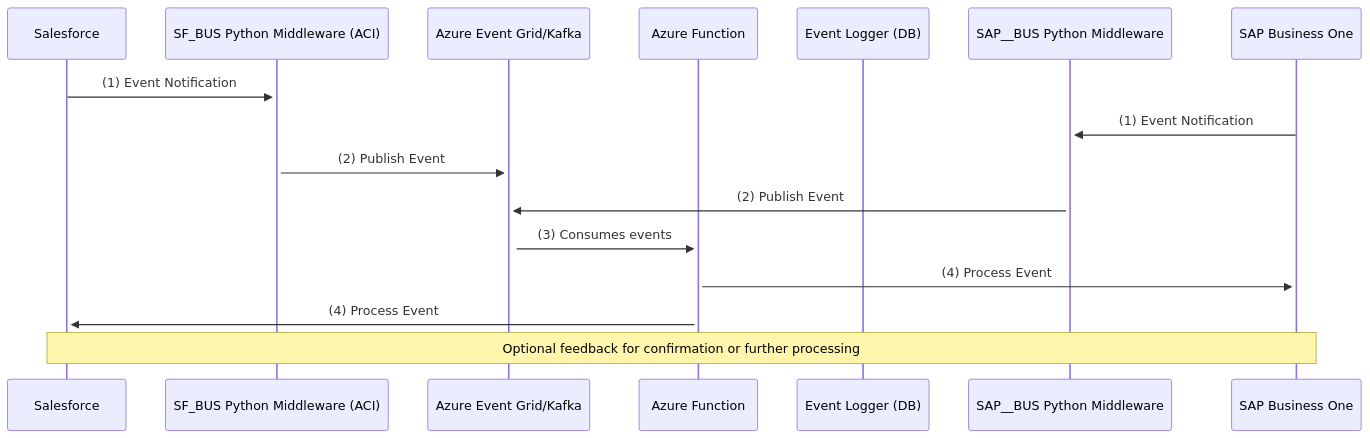
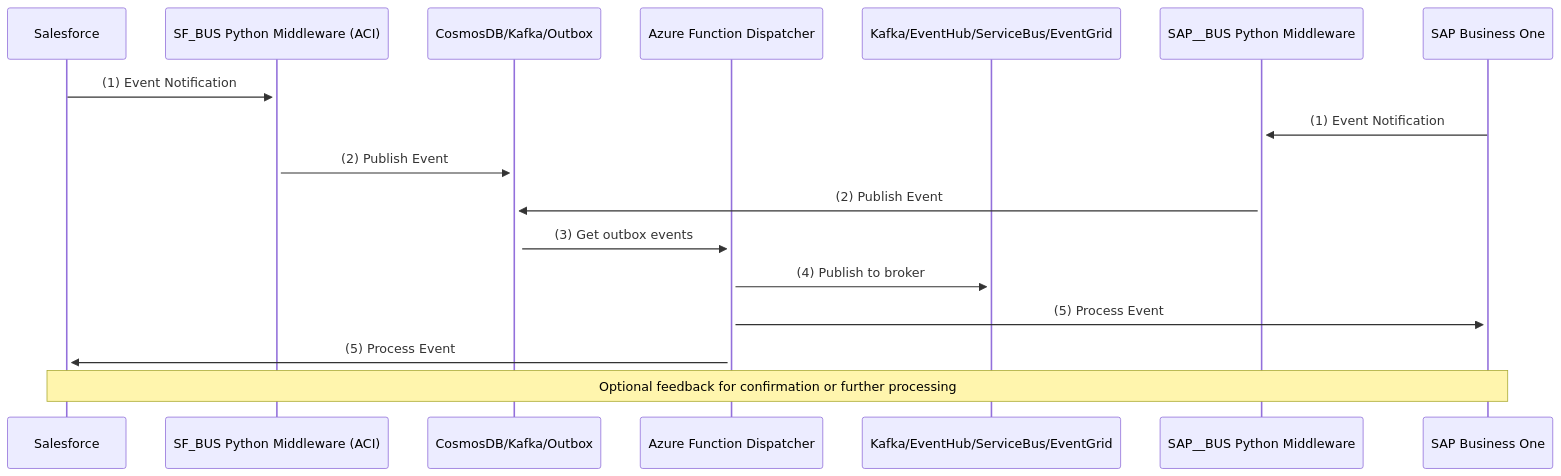
Before and after one commit to dizzydwarfus/salesforce-event-listener: the diagram in docs/integration_architecture.md, drawn with Mermaid. The commit also changed 3 other files, not shown here.

````diff
--- a/docs/integration_architecture.md
+++ b/docs/integration_architecture.md
@@ -1,20 +1,21 @@
 ```mermaid
 sequenceDiagram
     participant Salesforce
     participant SF_Middleware as SF_BUS Python Middleware (ACI)
-    participant AEG as Azure Event Grid/Kafka
-    participant AFunc as Azure Function
-    participant Logger as Event Logger (DB)
+    participant AEG as CosmosDB/Kafka/Outbox
+    participant AFunc as Azure Function Dispatcher
+    participant Broker as Kafka/EventHub/ServiceBus/EventGrid
     participant SAP_Middleware as SAP__BUS Python Middleware
     participant SAP_B1 as SAP Business One
 
     Salesforce->>+SF_Middleware: (1) Event Notification
     SAP_B1->>+SAP_Middleware: (1) Event Notification
     SF_Middleware->>+AEG: (2) Publish Event
     SAP_Middleware->>+AEG: (2) Publish Event
-    AEG->>+AFunc: (3) Consumes events
-    AFunc->>+SAP_B1: (4) Process Event
-    AFunc->>+Salesforce: (4) Process Event
+    AEG->>+AFunc: (3) Get outbox events
+    AFunc->>+Broker: (4) Publish to broker
+    AFunc->>+SAP_B1: (5) Process Event
+    AFunc->>+Salesforce: (5) Process Event
 
     Note over Salesforce,SAP_B1: Optional feedback for confirmation or further processing
 ```
````
